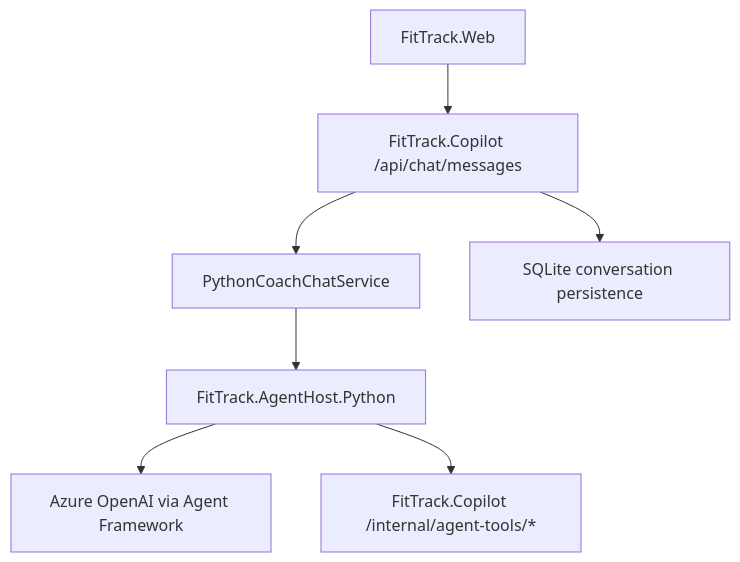
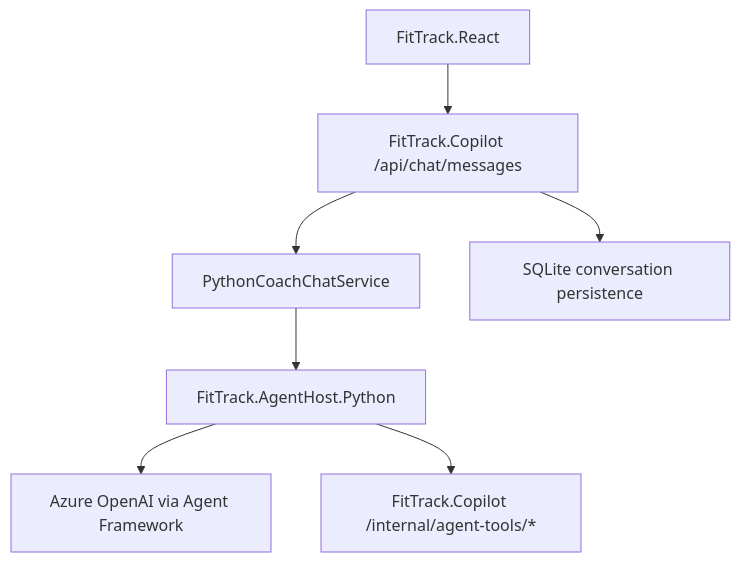
Before and after one commit to remixu1994/FitTrack: the first of 4 diagrams in ARCHITECTURE.md, drawn with Mermaid. The commit also changed other lines of this file and 53 other files, not shown here.

Commit message:
重命名并迁移 FitTrack.React，新增联调启动脚本

````diff
--- a/ARCHITECTURE.md
+++ b/ARCHITECTURE.md
@@ -7,9 +7,9 @@
 ```mermaid
 flowchart TD
-    A["FitTrack.Web"] --> B["FitTrack.Copilot /api/chat/messages"]
+    A["FitTrack.React"] --> B["FitTrack.Copilot /api/chat/messages"]
     B --> C["PythonCoachChatService"]
     C --> D["FitTrack.AgentHost.Python"]
     D --> E["Azure OpenAI via Agent Framework"]
     D --> F["FitTrack.Copilot /internal/agent-tools/*"]
     B --> G["SQLite conversation persistence"]
 ```
````
